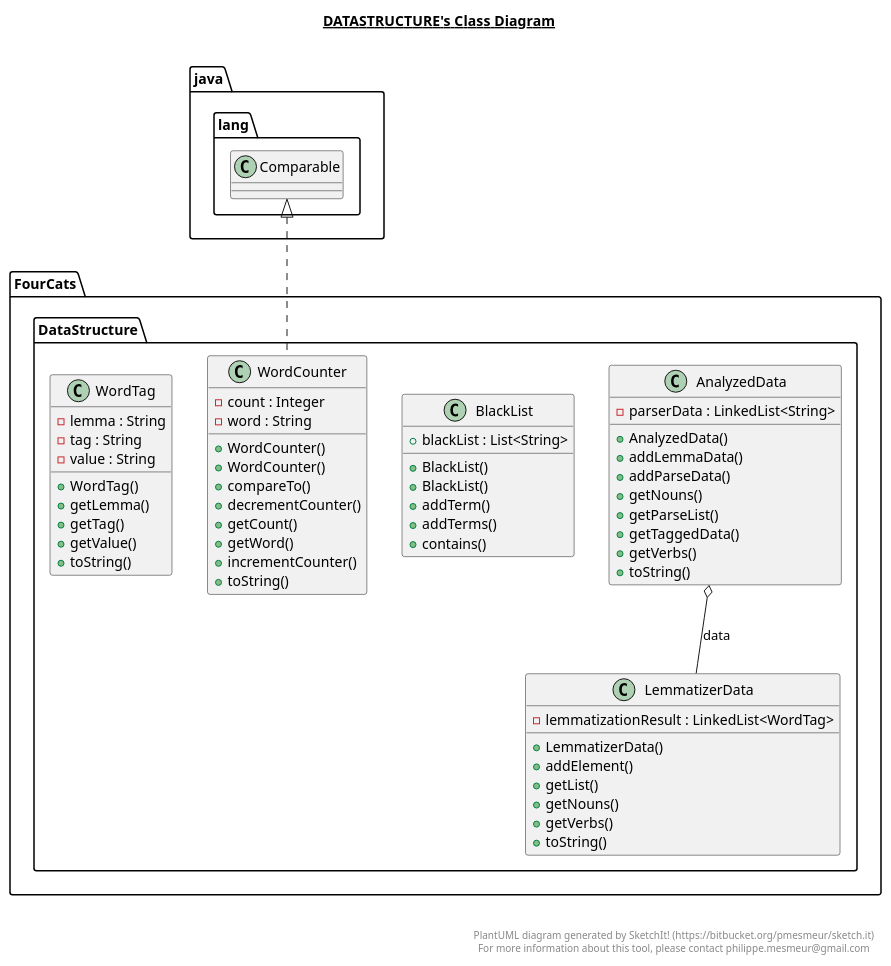
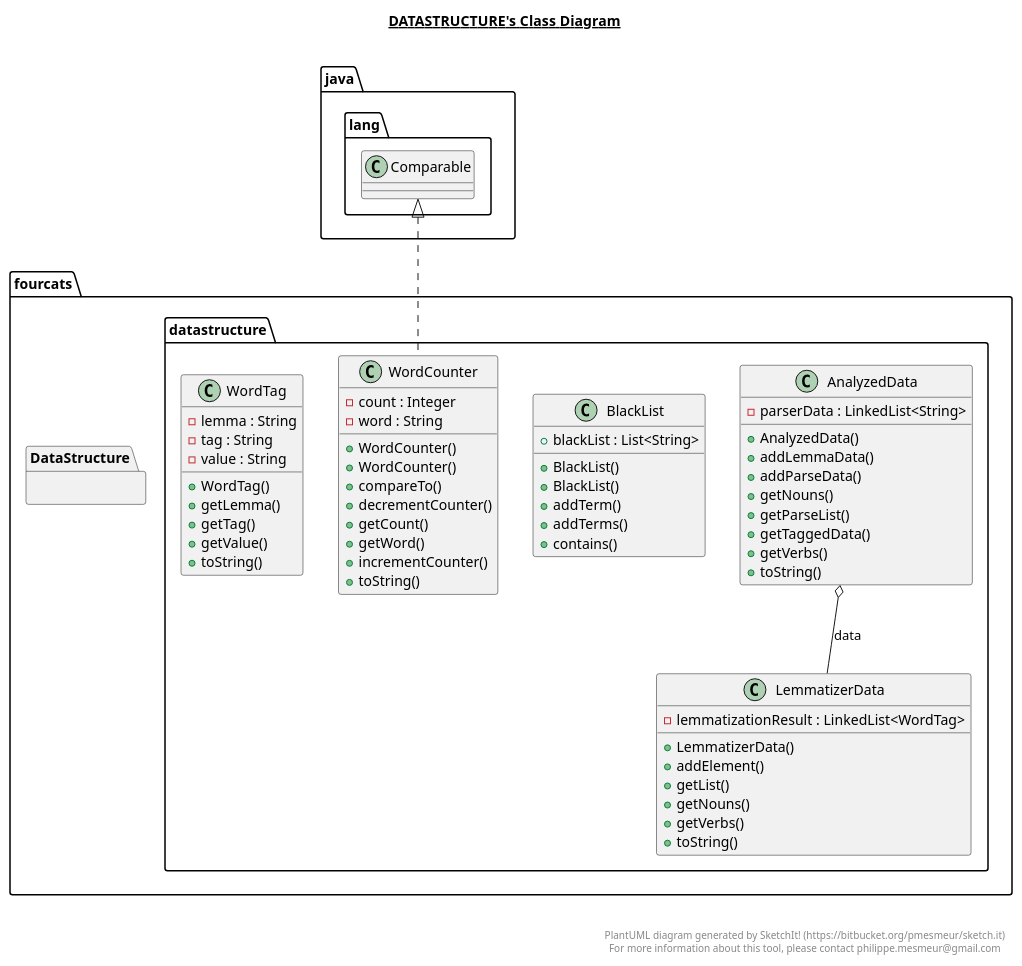
Before and after one commit to fourcatsteam/NaturalAPI: the diagram in NaturalAPI_Design/src/main/java/fourcats/datastructure/DataStructure.plantuml, drawn with PlantUML. The commit also changed 15 other files, not shown here.

```diff
--- a/NaturalAPI_Design/src/main/java/fourcats/datastructure/DataStructure.plantuml
+++ b/NaturalAPI_Design/src/main/java/fourcats/datastructure/DataStructure.plantuml
@@ -1,96 +1,96 @@
 @startuml
 
 title __DATASTRUCTURE's Class Diagram__\n
 
-  namespace FourCats {
+  namespace fourcats {
     namespace DataStructure {
-      class FourCats.DataStructure.AnalyzedData {
+      class fourcats.datastructure.AnalyzedData {
           - parserData : LinkedList<String>
           + AnalyzedData()
           + addLemmaData()
           + addParseData()
           + getNouns()
           + getParseList()
           + getTaggedData()
           + getVerbs()
           + toString()
       }
     }
   }
   
 
-  namespace FourCats {
+  namespace fourcats {
     namespace DataStructure {
-      class FourCats.DataStructure.BlackList {
+      class fourcats.datastructure.BlackList {
           + blackList : List<String>
           + BlackList()
           + BlackList()
           + addTerm()
           + addTerms()
           + contains()
       }
     }
   }
   
 
-  namespace FourCats {
+  namespace fourcats {
     namespace DataStructure {
-      class FourCats.DataStructure.LemmatizerData {
+      class fourcats.datastructure.LemmatizerData {
           - lemmatizationResult : LinkedList<WordTag>
           + LemmatizerData()
           + addElement()
           + getList()
           + getNouns()
           + getVerbs()
           + toString()
       }
     }
   }
   
 
-  namespace FourCats {
+  namespace fourcats {
     namespace DataStructure {
-      class FourCats.DataStructure.WordCounter {
+      class fourcats.datastructure.WordCounter {
           - count : Integer
           - word : String
           + WordCounter()
           + WordCounter()
           + compareTo()
           + decrementCounter()
           + getCount()
           + getWord()
           + incrementCounter()
           + toString()
       }
     }
   }
   
 
-  namespace FourCats {
+  namespace fourcats {
     namespace DataStructure {
-      class FourCats.DataStructure.WordTag {
+      class fourcats.datastructure.WordTag {
           - lemma : String
           - tag : String
           - value : String
           + WordTag()
           + getLemma()
           + getTag()
           + getValue()
           + toString()
       }
     }
   }
   
 
-  FourCats.DataStructure.AnalyzedData o-- FourCats.DataStructure.LemmatizerData : data
-  FourCats.DataStructure.WordCounter .up.|> java.lang.Comparable
+  fourcats.datastructure.AnalyzedData o-- fourcats.datastructure.LemmatizerData : data
+  fourcats.datastructure.WordCounter .up.|> java.lang.Comparable
 
 
 right footer
 
 
 PlantUML diagram generated by SketchIt! (https://bitbucket.org/pmesmeur/sketch.it)
 For more information about this tool, please contact philippe.mesmeur@gmail.com
 endfooter
 
 @enduml
```
